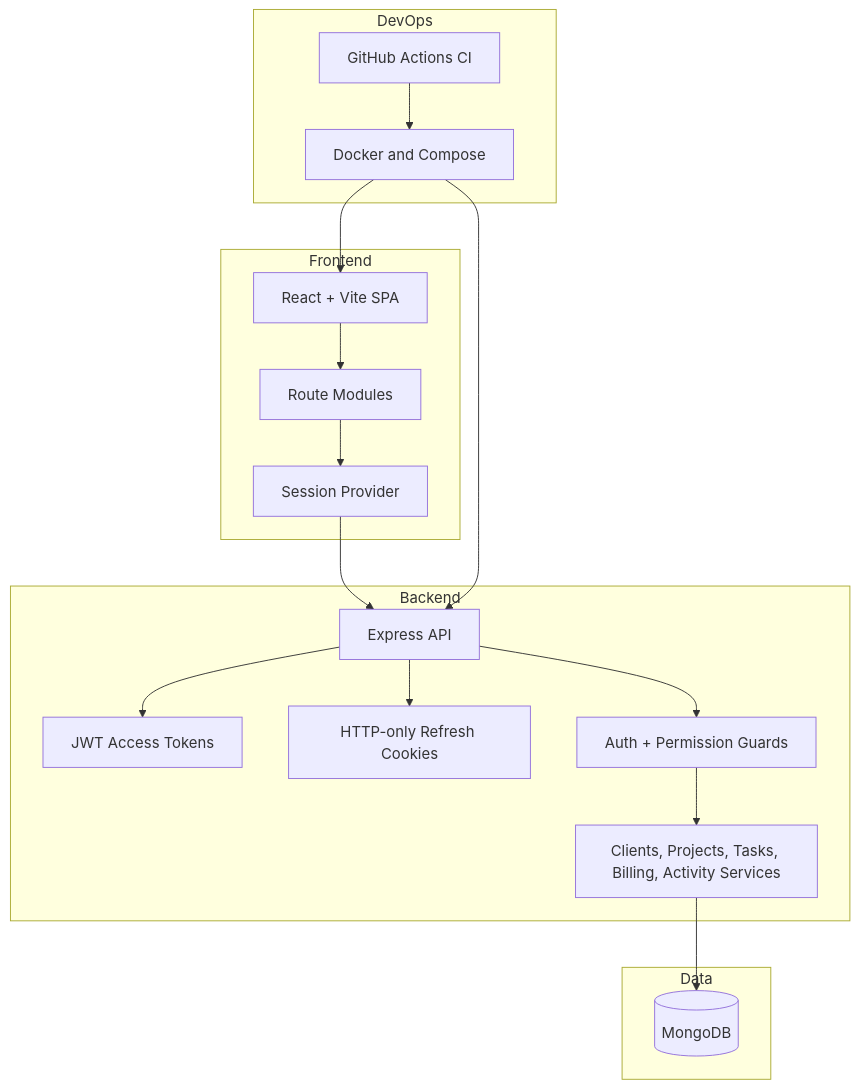
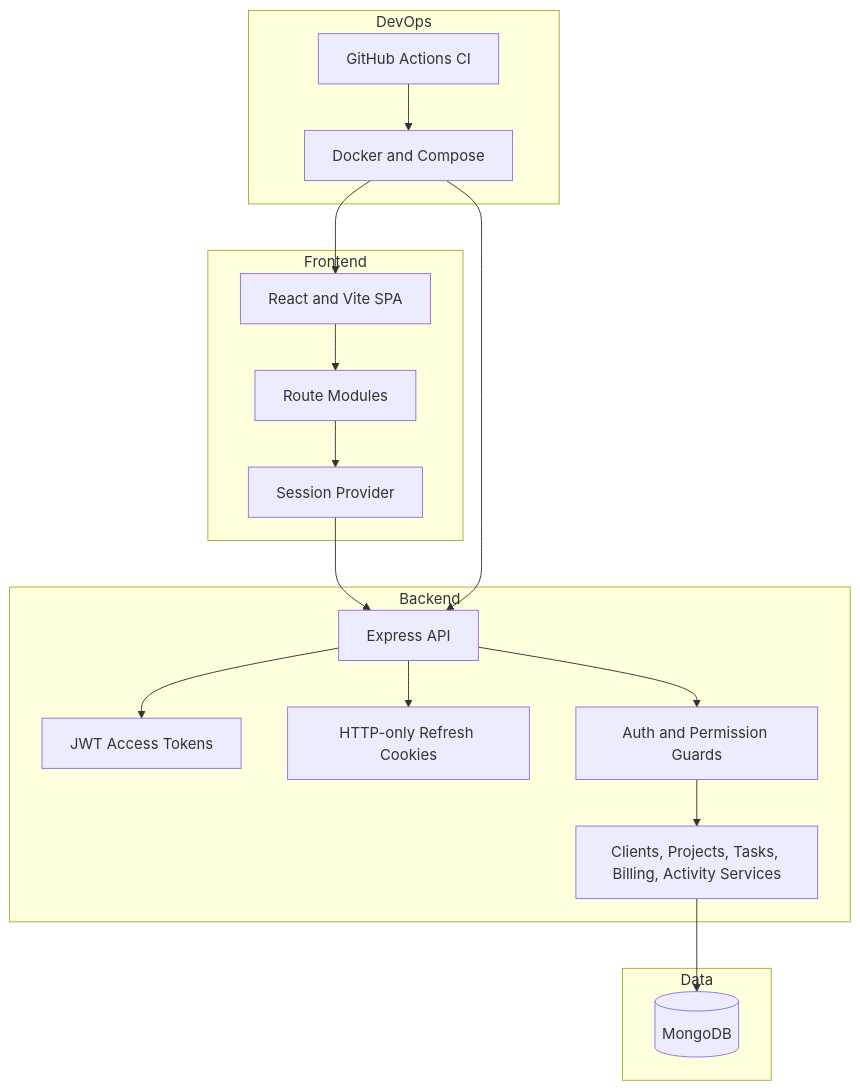
The second of 3 diagrams in README.md (UditSingh12/Workgrid), drawn with Mermaid before and after one commit. The commit also changed other lines of this file, not shown here.

Commit message:
Fix Mermaid diagram rendering in README

````diff
--- a/README.md
+++ b/README.md
@@ -95,37 +95,37 @@
 ```mermaid
 flowchart TB
     subgraph Frontend
-        UI[React + Vite SPA]
-        Router[Route Modules]
-        Session[Session Provider]
+        UI["React and Vite SPA"]
+        Router["Route Modules"]
+        Session["Session Provider"]
     end
 
     subgraph Backend
-        API[Express API]
-        Auth[JWT Access Tokens]
-        Refresh[HTTP-only Refresh Cookies]
-        Guards[Auth + Permission Guards]
-        Services[Clients, Projects, Tasks, Billing, Activity Services]
+        API["Express API"]
+        Auth["JWT Access Tokens"]
+        Refresh["HTTP-only Refresh Cookies"]
+        Guards["Auth and Permission Guards"]
+        Services["Clients, Projects, Tasks, Billing, Activity Services"]
     end
 
     subgraph Data
-        Mongo[(MongoDB)]
+        Mongo[("MongoDB")]
     end
 
     subgraph DevOps
-        CI[GitHub Actions CI]
-        Docker[Docker and Compose]
+        CI["GitHub Actions CI"]
+        Docker["Docker and Compose"]
     end
 
     UI --> Router
     Router --> Session
     Session --> API
     API --> Auth
     API --> Refresh
     API --> Guards
     Guards --> Services
     Services --> Mongo
     CI --> Docker
     Docker --> API
     Docker --> UI
 ```
````
